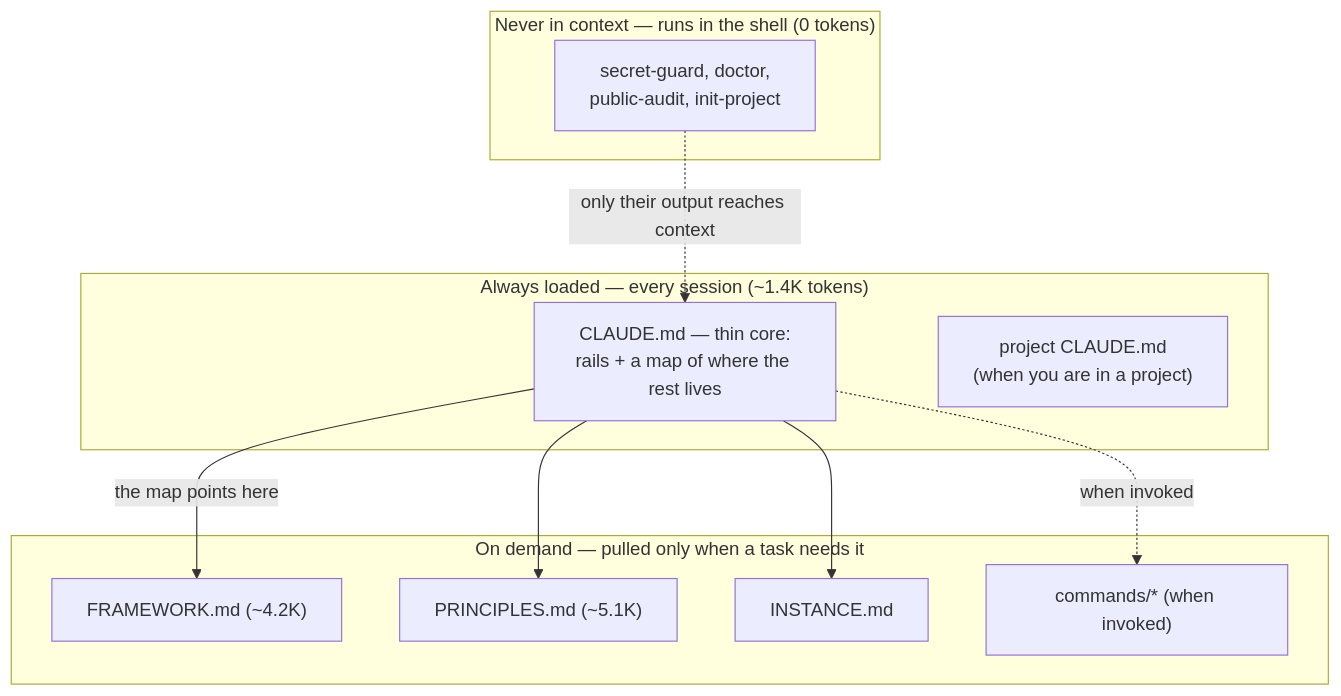
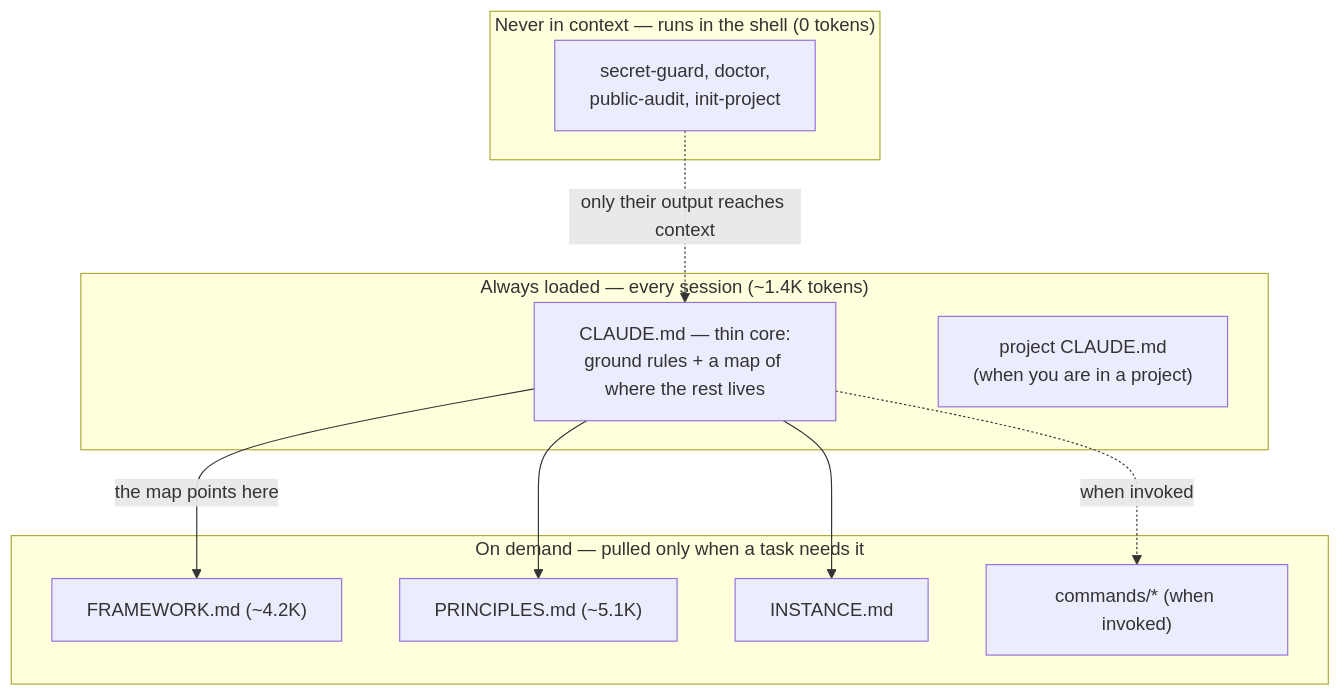
One commit to rockerlabs/keel changed the diagram in README.md. Above: the diagram before and after it, drawn with Mermaid. The commit also changed other lines of this file and 4 other files, not shown here.

````diff
--- a/README.md
+++ b/README.md
@@ -69,21 +74,21 @@
 ```mermaid
 flowchart TD
     subgraph always["Always loaded — every session (~1.4K tokens)"]
-        core["CLAUDE.md — thin core:<br/>rails + a map of where the rest lives"]
+        core["CLAUDE.md — thin core:<br/>ground rules + a map of where the rest lives"]
         proj["project CLAUDE.md<br/>(when you are in a project)"]
     end
     subgraph demand["On demand — pulled only when a task needs it"]
         fw["FRAMEWORK.md (~4.2K)"]
         prin["PRINCIPLES.md (~5.1K)"]
         inst["INSTANCE.md"]
         cmd["commands/* (when invoked)"]
     end
     subgraph never["Never in context — runs in the shell (0 tokens)"]
         tools["secret-guard, doctor,<br/>public-audit, init-project"]
     end
     core -->|the map points here| fw
     core --> prin
     core --> inst
     core -.->|when invoked| cmd
     tools -.->|only their output reaches context| core
 ```
````
